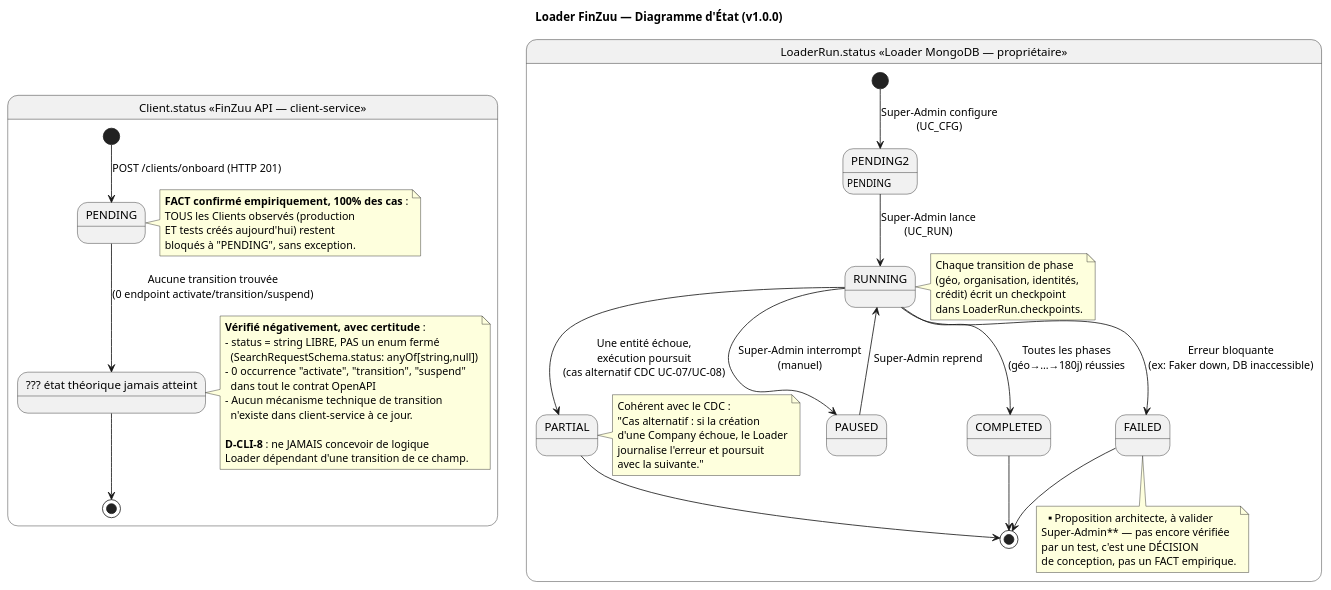
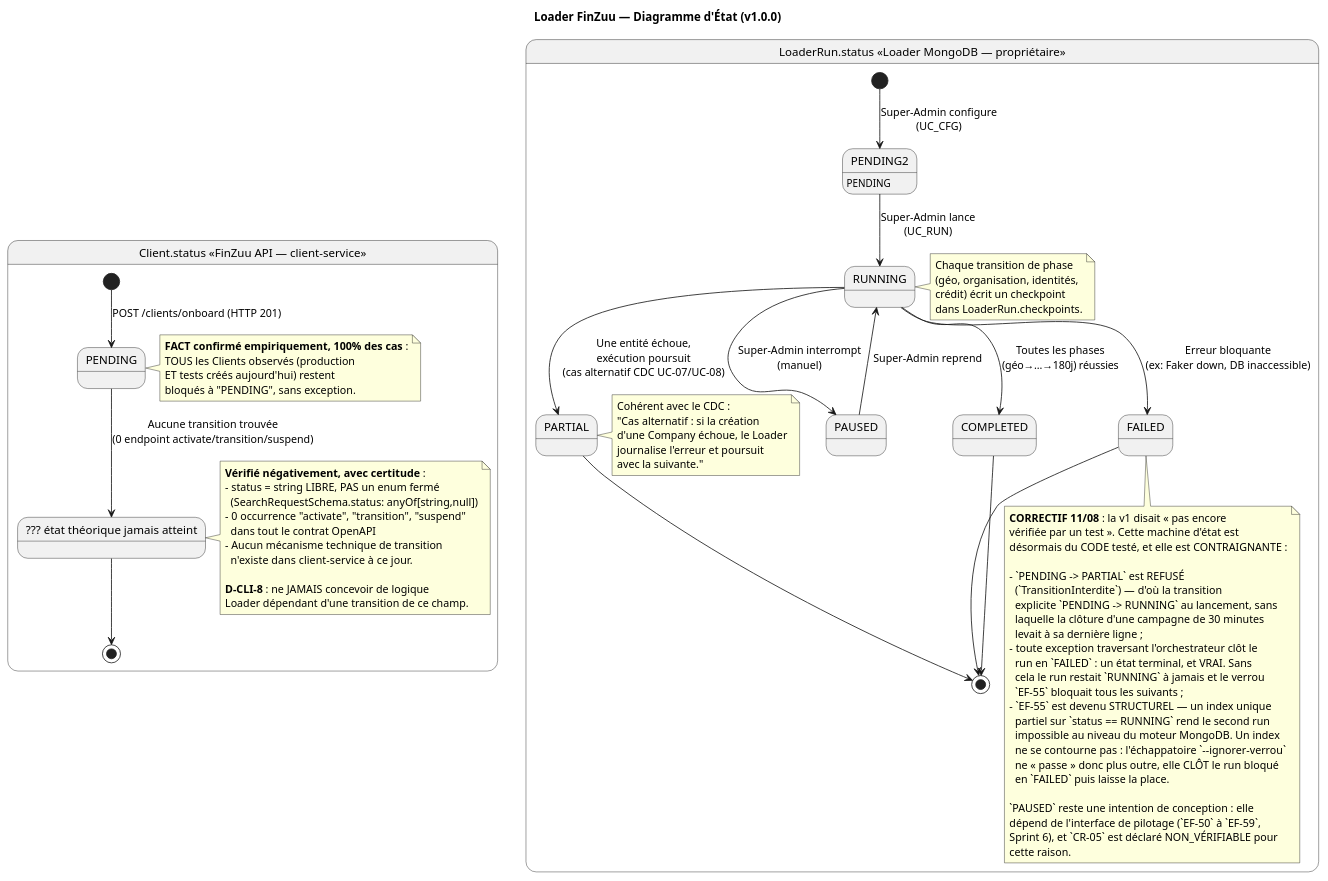
Before and after one commit to KuateAbdel/simulator-backend-loader: the diagram in docs/reference/uml_diagrams/06_state.puml, drawn with PlantUML. The commit also changed 3 other files, not shown here.

First line of the commit message:
fix(uml): revue des 6 diagrammes restants — 09, 10, 11, 06

```diff
--- a/docs/reference/uml_diagrams/06_state.puml
+++ b/docs/reference/uml_diagrams/06_state.puml
@@ -1,88 +1,108 @@
 @startuml Loader_FinZuu_State_v1
 
 title Loader FinZuu — Diagramme d'État (v1.0.0)
 
 ' ============================================================
 ' MACHINE D'ÉTAT 1 — Client.status (entité FinZuu, consommée)
 ' ============================================================
 
 state "Client.status <<FinZuu API — client-service>>" as ClientState {
 
   [*] --> PENDING : POST /clients/onboard (HTTP 201)
 
   state PENDING
   state "??? état théorique jamais atteint" as UNKNOWN
 
   PENDING --> UNKNOWN : Aucune transition trouvée\n(0 endpoint activate/transition/suspend)
   UNKNOWN --> [*]
 
   note right of PENDING
     **FACT confirmé empiriquement, 100% des cas** :
     TOUS les Clients observés (production
     ET tests créés aujourd'hui) restent
     bloqués à "PENDING", sans exception.
   end note
 
   note right of UNKNOWN
     **Vérifié négativement, avec certitude** :
     - status = string LIBRE, PAS un enum fermé
       (SearchRequestSchema.status: anyOf[string,null])
     - 0 occurrence "activate", "transition", "suspend"
       dans tout le contrat OpenAPI
     - Aucun mécanisme technique de transition
       n'existe dans client-service à ce jour.
 
     **D-CLI-8** : ne JAMAIS concevoir de logique
     Loader dépendant d'une transition de ce champ.
   end note
 }
 
 ' ============================================================
 ' MACHINE D'ÉTAT 2 — LoaderRun.status (entité Loader, propriétaire)
 ' ============================================================
 
 state "LoaderRun.status <<Loader MongoDB — propriétaire>>" as RunState {
 
   [*] --> PENDING2 : Super-Admin configure\n(UC_CFG)
 
   state PENDING2 : PENDING
   state RUNNING
   state PAUSED
   state COMPLETED
   state FAILED
   state PARTIAL
 
   PENDING2 --> RUNNING : Super-Admin lance\n(UC_RUN)
   RUNNING --> PAUSED : Super-Admin interrompt\n(manuel)
   PAUSED --> RUNNING : Super-Admin reprend
   RUNNING --> COMPLETED : Toutes les phases\n(géo→...→180j) réussies
   RUNNING --> PARTIAL : Une entité échoue,\nexécution poursuit\n(cas alternatif CDC UC-07/UC-08)
   RUNNING --> FAILED : Erreur bloquante\n(ex: Faker down, DB inaccessible)
   PARTIAL --> [*]
   COMPLETED --> [*]
   FAILED --> [*]
 
   note right of RUNNING
     Chaque transition de phase
     (géo, organisation, identités,
     crédit) écrit un checkpoint
     dans LoaderRun.checkpoints.
   end note
 
   note right of PARTIAL
     Cohérent avec le CDC :
     "Cas alternatif : si la création
     d'une Company échoue, le Loader
     journalise l'erreur et poursuit
     avec la suivante."
   end note
 
   note bottom of FAILED
-    **Proposition architecte, à valider
-    Super-Admin** — pas encore vérifiée
-    par un test, c'est une DÉCISION
-    de conception, pas un FACT empirique.
+    **CORRECTIF 11/08** : la v1 disait « pas encore
+    vérifiée par un test ». Cette machine d'état est
+    désormais du CODE testé, et elle est CONTRAIGNANTE :
+
+    - `PENDING -> PARTIAL` est REFUSÉ
+      (`TransitionInterdite`) — d'où la transition
+      explicite `PENDING -> RUNNING` au lancement, sans
+      laquelle la clôture d'une campagne de 30 minutes
+      levait à sa dernière ligne ;
+    - toute exception traversant l'orchestrateur clôt le
+      run en `FAILED` : un état terminal, et VRAI. Sans
+      cela le run restait `RUNNING` à jamais et le verrou
+      `EF-55` bloquait tous les suivants ;
+    - `EF-55` est devenu STRUCTUREL — un index unique
+      partiel sur `status == RUNNING` rend le second run
+      impossible au niveau du moteur MongoDB. Un index
+      ne se contourne pas : l'échappatoire `--ignorer-verrou`
+      ne « passe » donc plus outre, elle CLÔT le run bloqué
+      en `FAILED` puis laisse la place.
+
+    `PAUSED` reste une intention de conception : elle
+    dépend de l'interface de pilotage (`EF-50` à `EF-59`,
+    Sprint 6), et `CR-05` est déclaré NON_VÉRIFIABLE pour
+    cette raison.
   end note
 }
 
 @enduml
```
